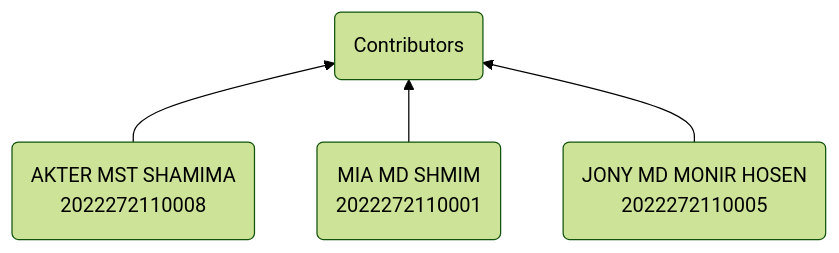
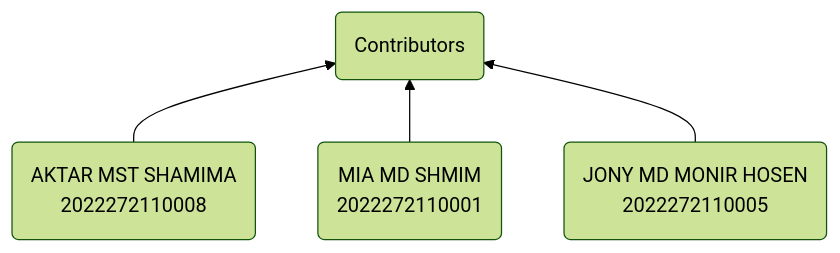
The first of 2 diagrams in README.md (vividblueprint/SE-RideSharingService-architecture), drawn with Mermaid (forest theme) before and after one commit.

Commit message:
a name fixed

````diff
--- a/README.md
+++ b/README.md
@@ -38,6 +38,6 @@
 ```mermaid
   graph BT 
-    A(AKTER MST SHAMIMA\n2022272110008) --> B(Contributors) 
+    A(AKTAR MST SHAMIMA\n2022272110008) --> B(Contributors) 
     C(MIA MD SHMIM\n2022272110001) --> B 
     D(JONY MD MONIR HOSEN\n2022272110005) --> B
 ```
````
